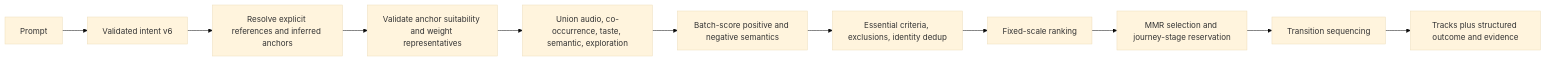
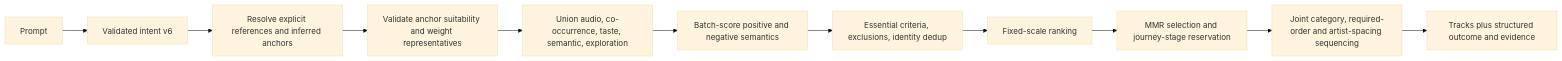
Before and after one commit to platten/playlistai: the diagram in docs/recommendation-correctness.md, drawn with Mermaid (base theme). The commit also changed other lines of this file and 20 other files, not shown here.

````diff
--- a/docs/recommendation-correctness.md
+++ b/docs/recommendation-correctness.md
@@ -23,13 +23,13 @@
 ```mermaid
 flowchart LR
     P[Prompt] --> I[Validated intent v6]
     I --> R[Resolve explicit references and inferred anchors]
     R --> A[Validate anchor suitability and weight representatives]
     A --> U[Union audio, co-occurrence, taste, semantic, exploration]
     U --> S[Batch-score positive and negative semantics]
     S --> E[Essential criteria, exclusions, identity dedup]
     E --> K[Fixed-scale ranking]
     K --> D[MMR selection and journey-stage reservation]
-    D --> Q[Transition sequencing]
+    D --> Q[Joint category, required-order and artist-spacing sequencing]
     Q --> O[Tracks plus structured outcome and evidence]
 ```
````
